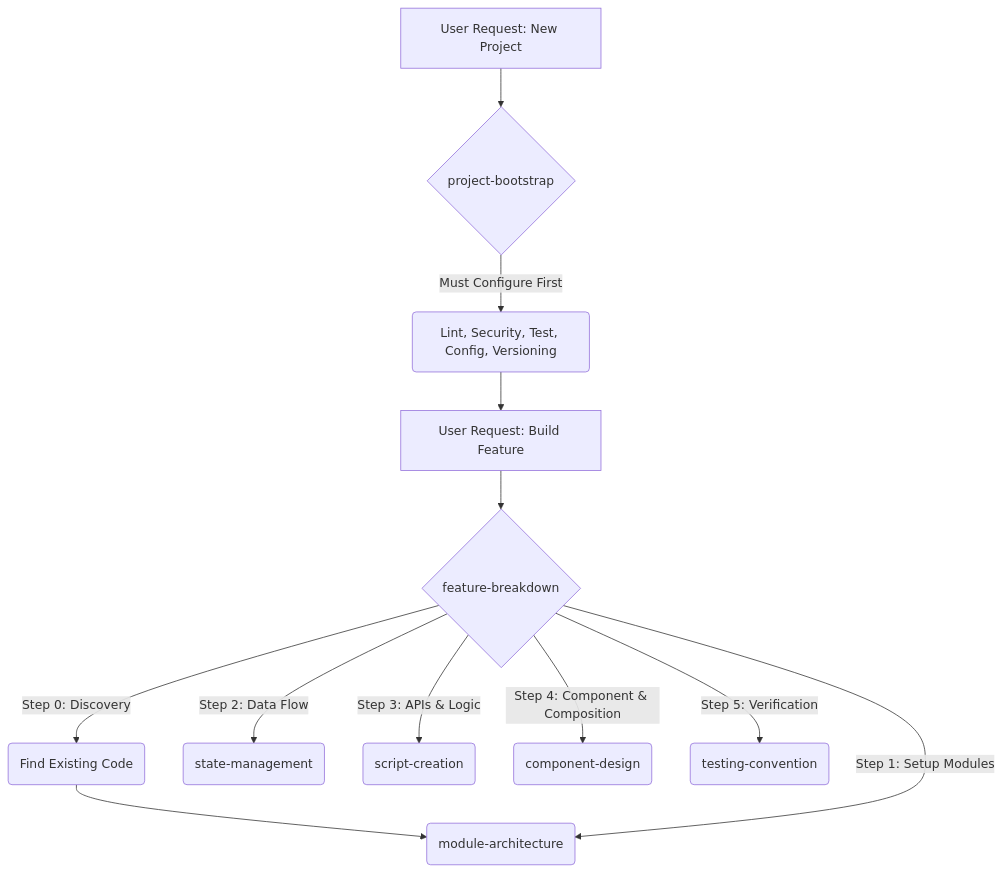
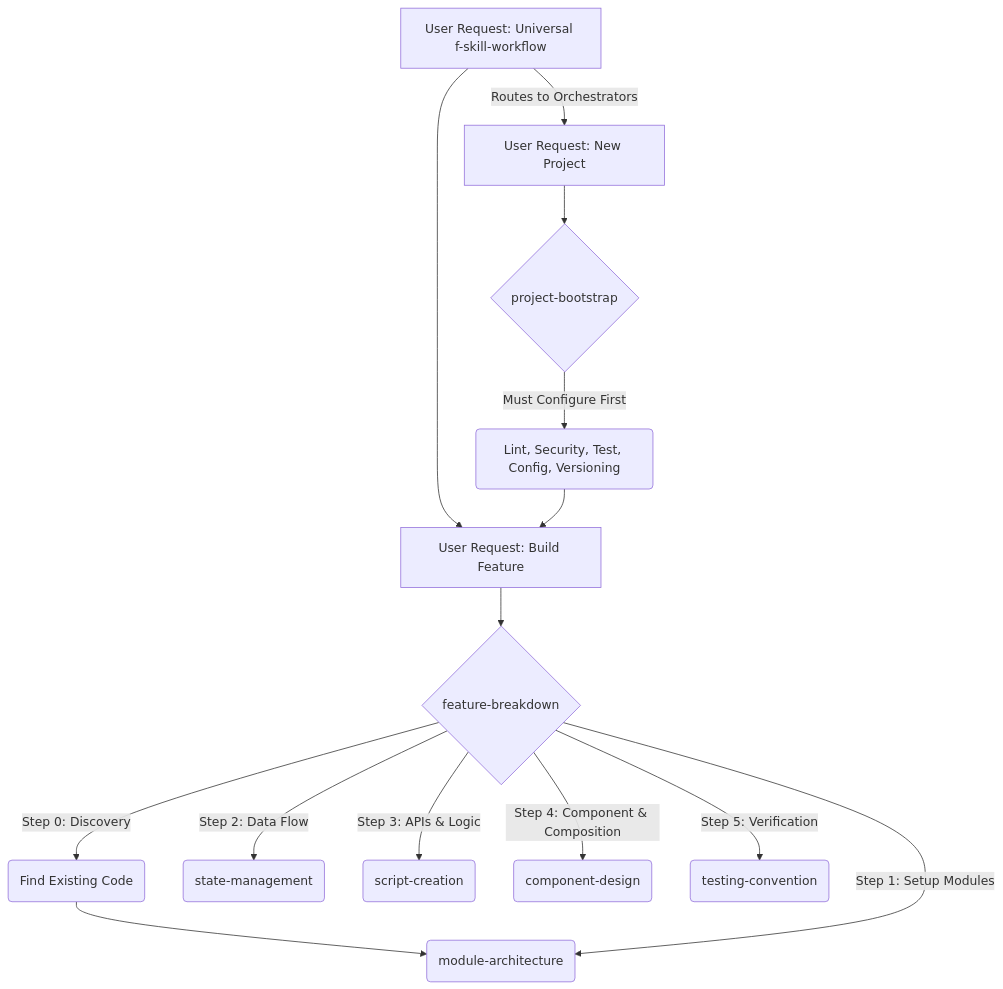
The diagram in README.md (ReiiYuki/f-skill), drawn with Mermaid before and after one commit. The commit also changed other lines of this file and 1 other file, not shown here.

Commit message:
feat: add f-skill-workflow meta-skill as universal entrypoint

````diff
--- a/README.md
+++ b/README.md
@@ -39,15 +40,18 @@
 ```mermaid
 graph TD
+    M[User Request: Universal f-skill-workflow] -->|Routes to Orchestrators| Z
+    M --> A
+    
     Z[User Request: New Project] --> Y{project-bootstrap}
     Y -->|Must Configure First| X(Lint, Security, Test, Config, Versioning)
     X --> A
     
     A[User Request: Build Feature] --> B{feature-breakdown}
     B -->|Step 0: Discovery| C0(Find Existing Code)
     C0 --> C(module-architecture)
     B -->|Step 1: Setup Modules| C
     B -->|Step 2: Data Flow| D(state-management)
     B -->|Step 3: APIs & Logic| E(script-creation)
     B -->|Step 4: Component & Composition| F(component-design)
     B -->|Step 5: Verification| G(testing-convention)
 ```
````
